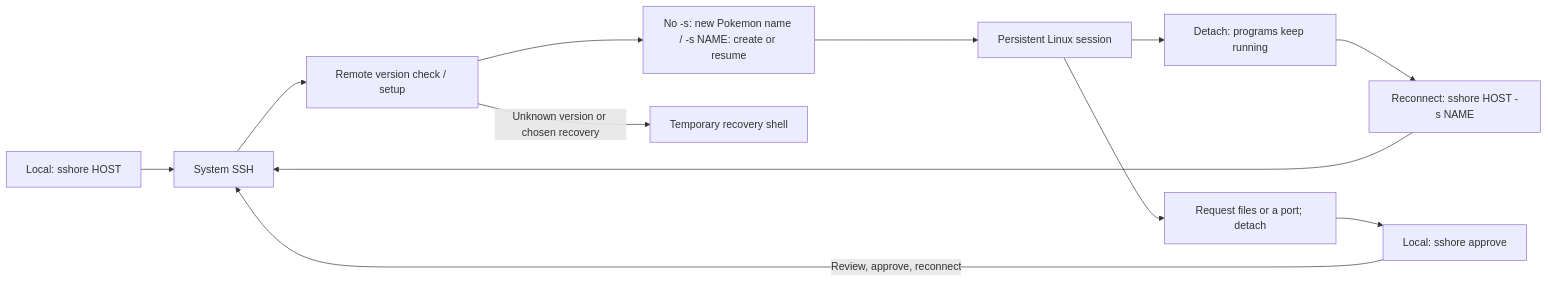
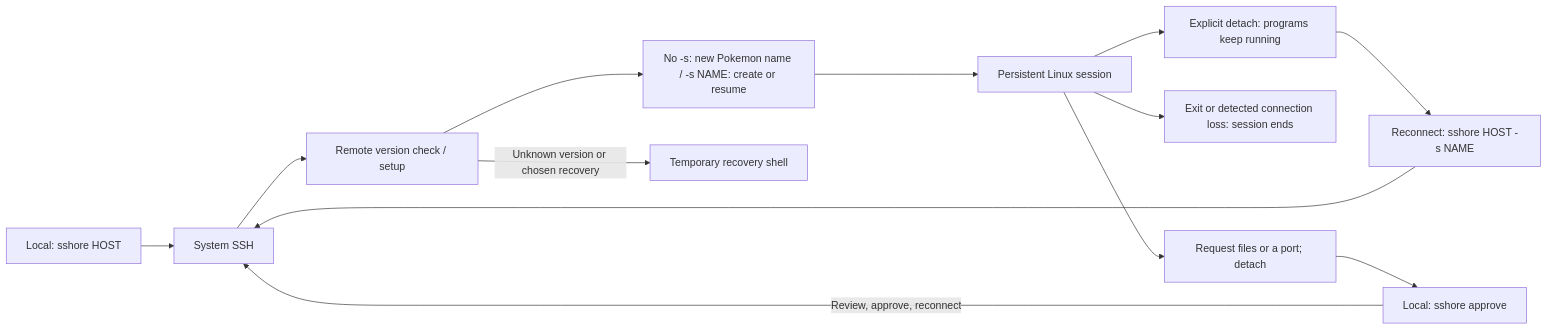
One commit to jay-waves/sshore changed the diagram in README.md. Above: the diagram before and after it, drawn with Mermaid. The commit also changed other lines of this file and 44 other files, not shown here.

Commit message:
Release 0.5.0: explicit session persistence and ASCII process trees

````diff
--- a/README.md
+++ b/README.md
@@ -23,14 +23,15 @@
 ```mermaid
 flowchart LR
     local["Local: sshore HOST"] --> ssh["System SSH"]
     ssh --> setup["Remote version check / setup"]
     setup --> select["No -s: new Pokemon name / -s NAME: create or resume"]
     select --> session["Persistent Linux session"]
     setup -->|"Unknown version or chosen recovery"| recovery["Temporary recovery shell"]
-    session --> detach["Detach: programs keep running"]
+    session --> detach["Explicit detach: programs keep running"]
+    session --> ended["Exit or detected connection loss: session ends"]
     detach --> resume["Reconnect: sshore HOST -s NAME"]
     resume --> ssh
     session --> request["Request files or a port; detach"]
     request --> approve["Local: sshore approve"]
     approve -->|"Review, approve, reconnect"| ssh
 ```
````
